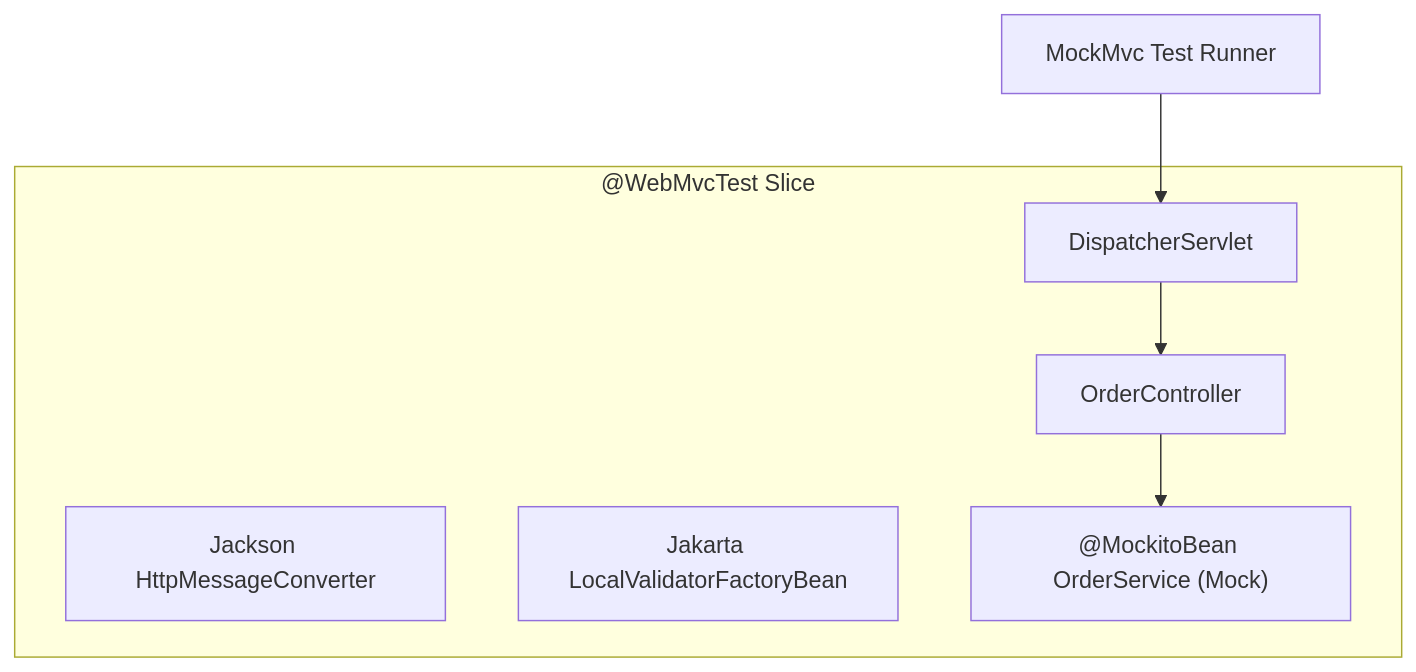
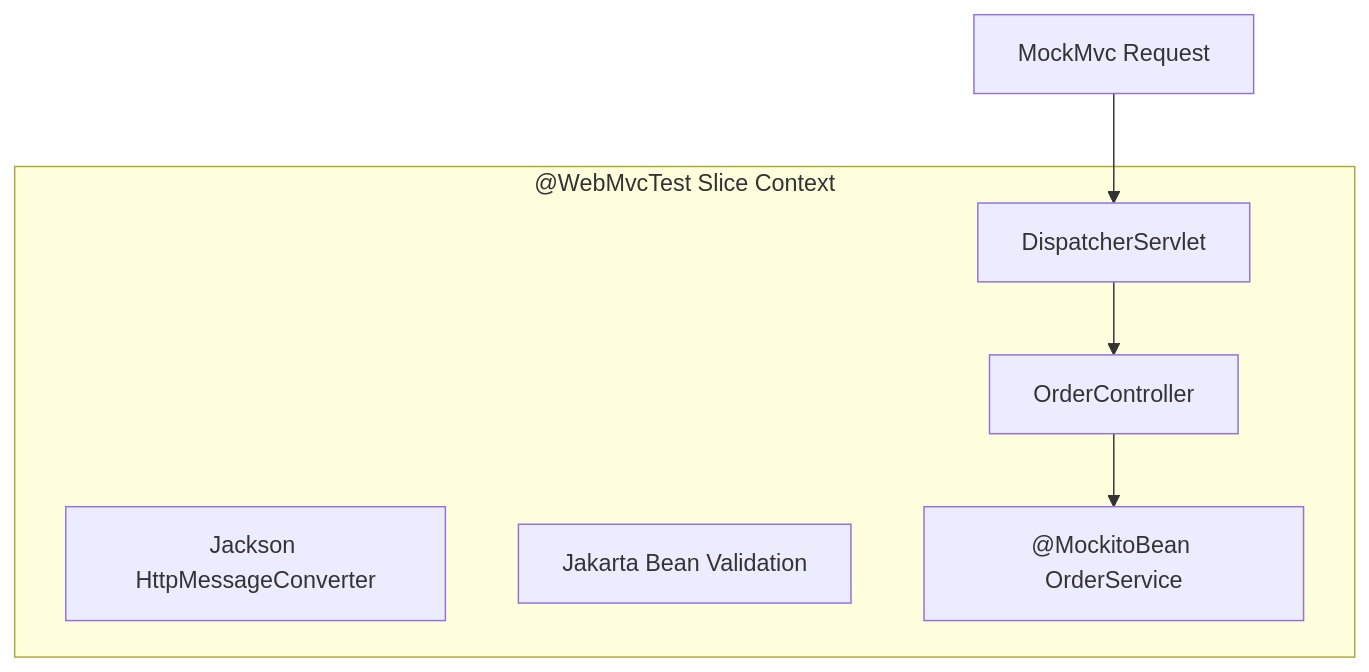
One commit to ravishankar2463/java_hub changed the second of 3 diagrams in content/roadmap/level-8/automated-testing.md. Above: the diagram before and after it, drawn with Mermaid. The commit also changed other lines of this file and 119 other files, not shown here.

Commit message:
feat: add comprehensive java learning roadmap content across multiple levels

````diff
--- a/content/roadmap/level-8/automated-testing.md
+++ b/content/roadmap/level-8/automated-testing.md
@@ -176,14 +160,14 @@
 ```mermaid
 flowchart TD
-    subgraph MockMvcContext ["@WebMvcTest Slice"]
+    subgraph Slice["@WebMvcTest Slice Context"]
         Dispatcher["DispatcherServlet"]
         Controller["OrderController"]
         Converters["Jackson HttpMessageConverter"]
-        Validator["Jakarta LocalValidatorFactoryBean"]
-        MockBean["@MockitoBean OrderService (Mock)"]
+        Validator["Jakarta Bean Validation"]
+        MockSvc["@MockitoBean OrderService"]
     end
 
-    Test["MockMvc Test Runner"] --> Dispatcher
+    Test["MockMvc Request"] --> Dispatcher
     Dispatcher --> Controller
-    Controller --> MockBean
+    Controller --> MockSvc
 ```
````
